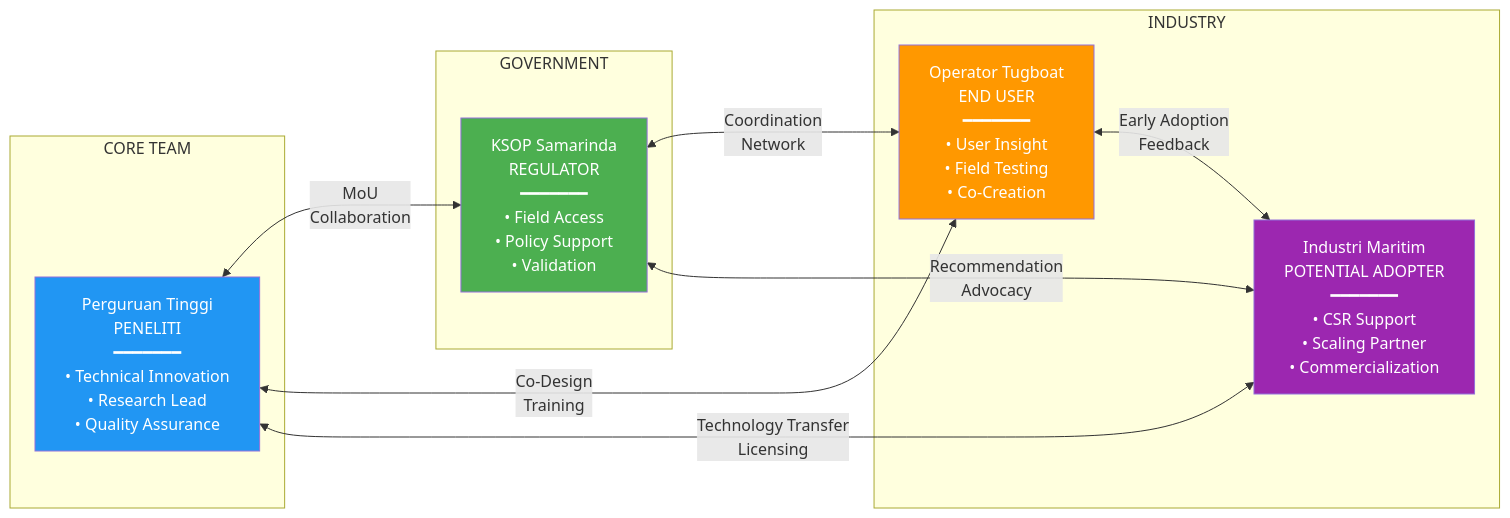
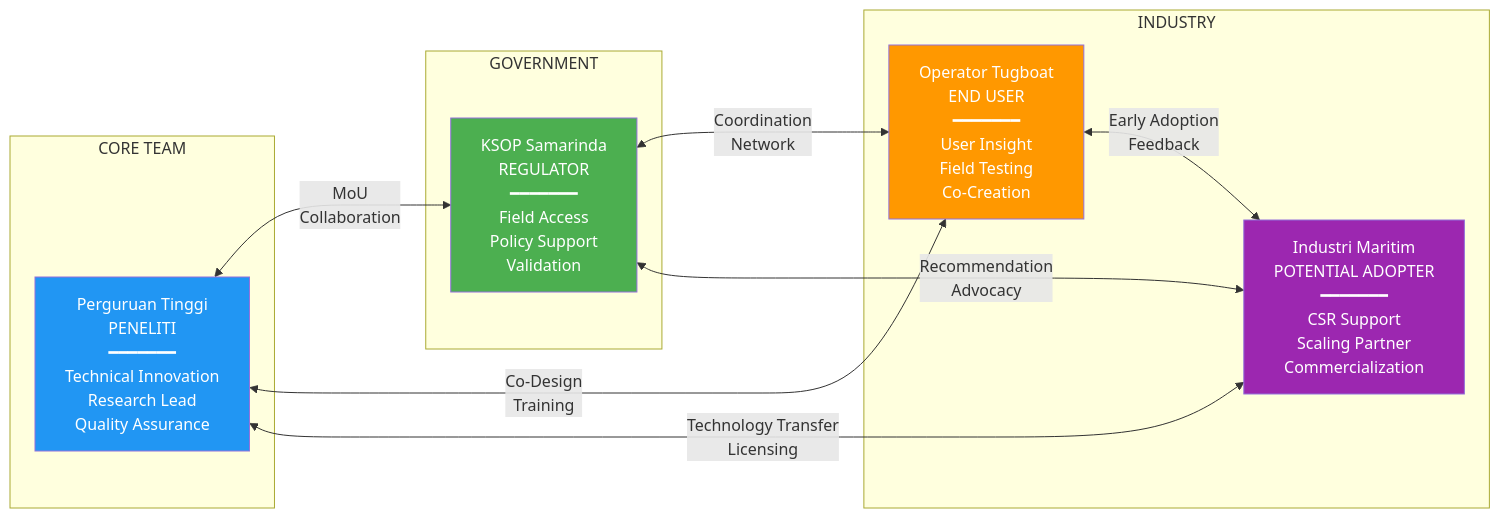
One commit to antonprafanto/buros2025 changed the fourth of 5 diagrams in 01_PROPOSAL_UTAMA_BESTARI_SAINTEK.md. Above: the diagram before and after it, drawn with Mermaid. The commit also changed other lines of this file, not shown here.

First line of the commit message:
Fix Mermaid diagram syntax errors

````diff
--- a/01_PROPOSAL_UTAMA_BESTARI_SAINTEK.md
+++ b/01_PROPOSAL_UTAMA_BESTARI_SAINTEK.md
@@ -368,27 +418,53 @@
 ```mermaid
 graph LR
     subgraph Core["CORE TEAM"]
-        PT[Perguruan Tinggi<br/>PENELITI<br/>━━━━━━━<br/>• Technical Innovation<br/>• Research Lead<br/>• Quality Assurance]
+        PT["Perguruan Tinggi
+        PENELITI
+        ━━━━━━━
+        Technical Innovation
+        Research Lead
+        Quality Assurance"]
     end
 
     subgraph Gov["GOVERNMENT"]
-        KSOP[KSOP Samarinda<br/>REGULATOR<br/>━━━━━━━<br/>• Field Access<br/>• Policy Support<br/>• Validation]
+        KSOP["KSOP Samarinda
+        REGULATOR
+        ━━━━━━━
+        Field Access
+        Policy Support
+        Validation"]
     end
 
     subgraph Industry["INDUSTRY"]
-        OPR[Operator Tugboat<br/>END USER<br/>━━━━━━━<br/>• User Insight<br/>• Field Testing<br/>• Co-Creation]
-        MAR[Industri Maritim<br/>POTENTIAL ADOPTER<br/>━━━━━━━<br/>• CSR Support<br/>• Scaling Partner<br/>• Commercialization]
+        OPR["Operator Tugboat
+        END USER
+        ━━━━━━━
+        User Insight
+        Field Testing
+        Co-Creation"]
+        MAR["Industri Maritim
+        POTENTIAL ADOPTER
+        ━━━━━━━
+        CSR Support
+        Scaling Partner
+        Commercialization"]
     end
 
-    PT <-->|MoU<br/>Collaboration| KSOP
-    PT <-->|Co-Design<br/>Training| OPR
-    KSOP <-->|Coordination<br/>Network| OPR
-    KSOP <-->|Recommendation<br/>Advocacy| MAR
-    PT <-->|Technology Transfer<br/>Licensing| MAR
-    OPR <-->|Early Adoption<br/>Feedback| MAR
+    PT <-->|"MoU
+    Collaboration"| KSOP
+    PT <-->|"Co-Design
+    Training"| OPR
+    KSOP <-->|"Coordination
+    Network"| OPR
+    KSOP <-->|"Recommendation
+    Advocacy"| MAR
+    PT <-->|"Technology Transfer
+    Licensing"| MAR
+    OPR <-->|"Early Adoption
+    Feedback"| MAR
 
     style PT fill:#2196f3,color:#fff
     style KSOP fill:#4caf50,color:#fff
     style OPR fill:#ff9800,color:#fff
     style MAR fill:#9c27b0,color:#fff
 ```
````
